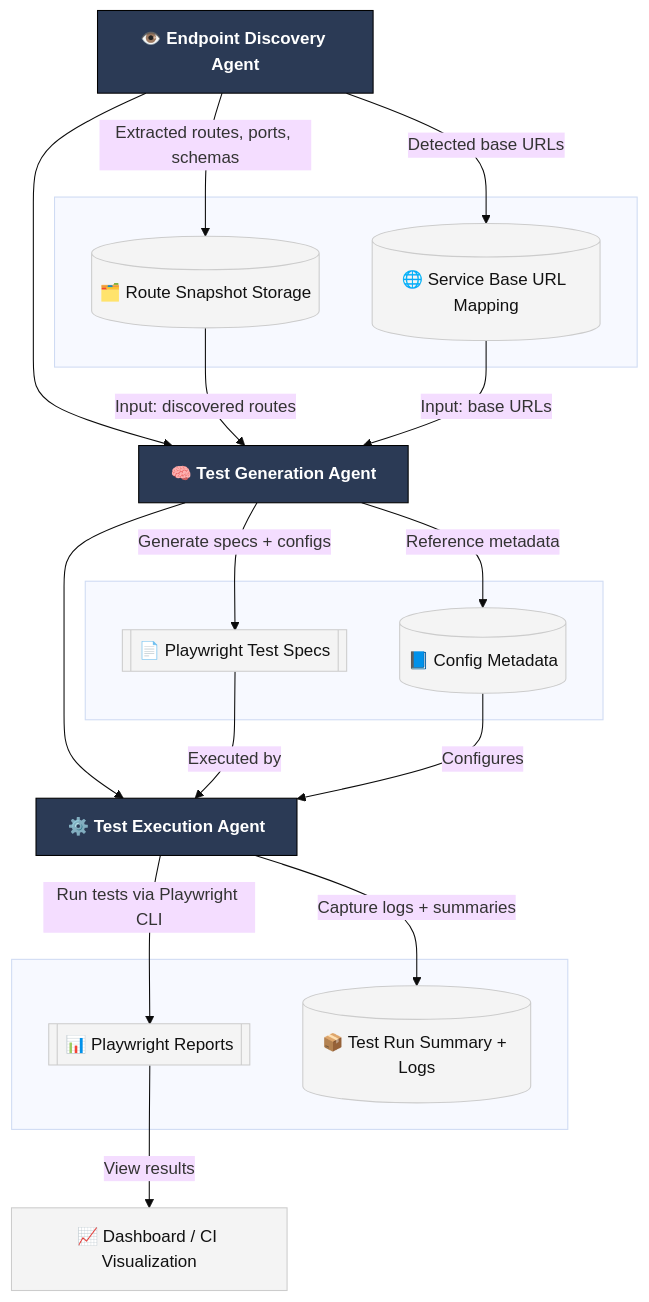
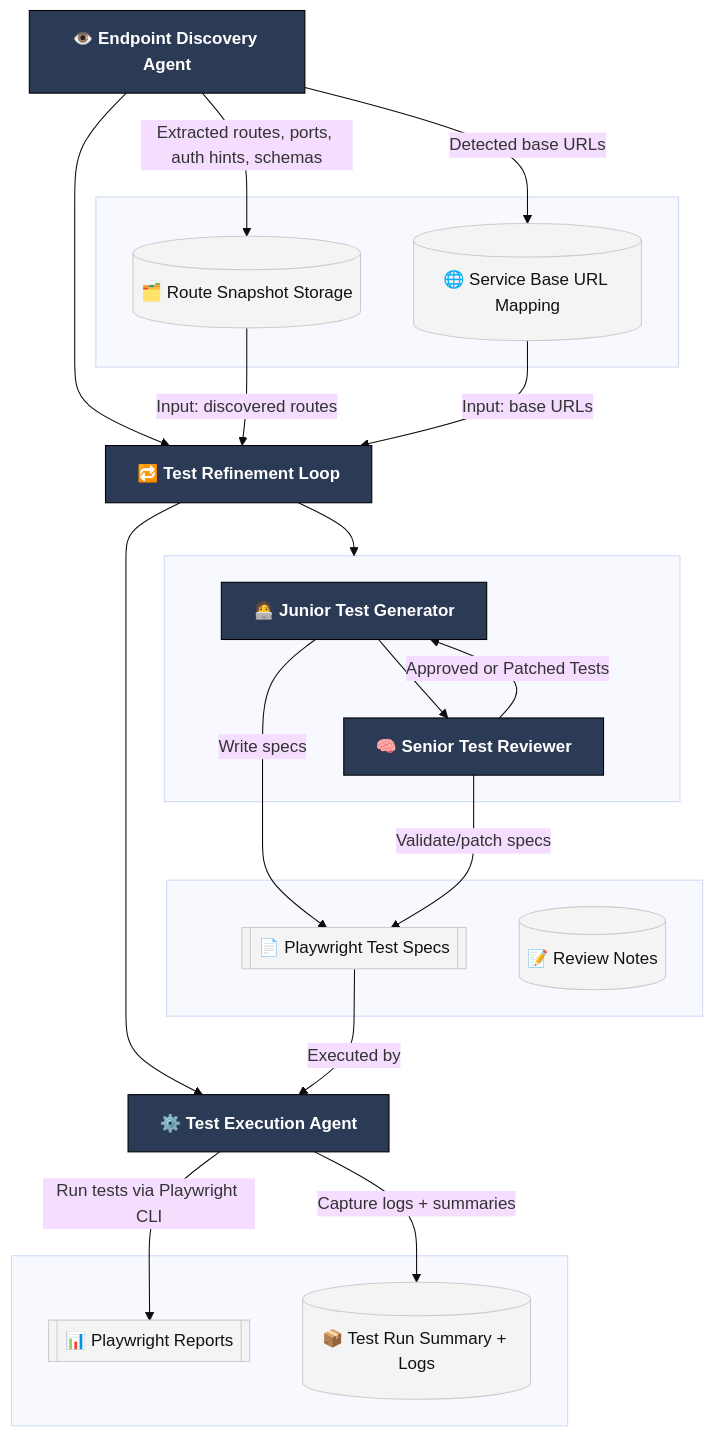
The diagram in README.md (Mahen037/Automated-API-Testing-with-an-Agent), drawn with Mermaid (base theme) before and after one commit. The commit also changed other lines of this file, not shown here.

````diff
--- a/README.md
+++ b/README.md
@@ -10,40 +10,47 @@
 ```mermaid
 flowchart TD
-    %% Agents (top-down main flow)
-    A[👁️ Endpoint Discovery Agent] --> B[🧠 Test Generation Agent] --> C[⚙️ Test Execution Agent]
+    %% Main phases
+    A[👁️ Endpoint Discovery Agent] --> L[🔁 Test Refinement Loop] --> C[⚙️ Test Execution Agent]
 
-    %% Supporting components
+    %% Loop internals
+    subgraph Loop[ ]
+      J[🧑‍💻 Junior Test Generator] --> S[🧠 Senior Test Reviewer]
+      S -->|Approved or Patched Tests| J
+    end
+    L --> Loop
+
+    %% Supporting stores / artifacts
     subgraph Discovery_Outputs[ ]
         D1[(🗂️ Route Snapshot Storage)]
         D2[(🌐 Service Base URL Mapping)]
     end
-    A -->|Extracted routes, ports, schemas| D1
-    A -->|Detected base URLs| D2
 
     subgraph Generation_Outputs[ ]
         E1[[📄 Playwright Test Specs]]
-        E2[(📘 Config Metadata)]
+        E2[(📝 Review Notes)]
     end
-    B -->|Generate specs + configs| E1
-    B -->|Reference metadata| E2
 
     subgraph Execution_Outputs[ ]
         F1[[📊 Playwright Reports]]
         F2[(📦 Test Run Summary + Logs)]
     end
+
+    %% Data flow
+    D1 -->|Input: discovered routes| L
+    D2 -->|Input: base URLs| L
+    A -->|Extracted routes, ports, auth hints, schemas| D1
+    A -->|Detected base URLs| D2
+
+    J -->|Write specs| E1
+    S -->|Validate/patch specs| E1
+
+    E1 -->|Executed by| C
     C -->|Run tests via Playwright CLI| F1
     C -->|Capture logs + summaries| F2
 
-    %% Cross-links
-    D1 -->|Input: discovered routes| B
-    D2 -->|Input: base URLs| B
-    E1 -->|Executed by| C
-    E2 -->|Configures| C
-    F1 -->|View results| G[📈 Dashboard / CI Visualization]
-
-    %% Style adjustments
+    %% Style
     classDef agent fill:#2b3a55,stroke:#000,stroke-width:1px,color:#fff,font-weight:bold;
     classDef data fill:#f4f4f4,stroke:#ccc,stroke-width:1px,color:#111;
-    class A,B,C agent;
-    class D1,D2,E1,E2,F1,F2,G data;
+    class A,J,S,C,L agent;
+    class D1,D2,E1,E2,F1,F2 data;
 ```
````
